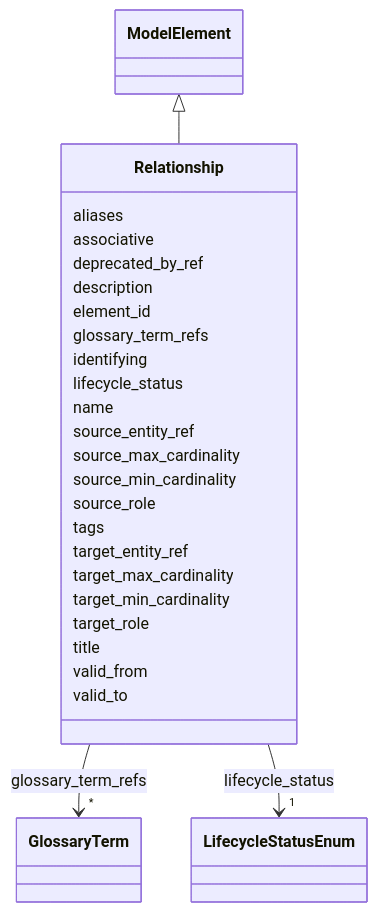
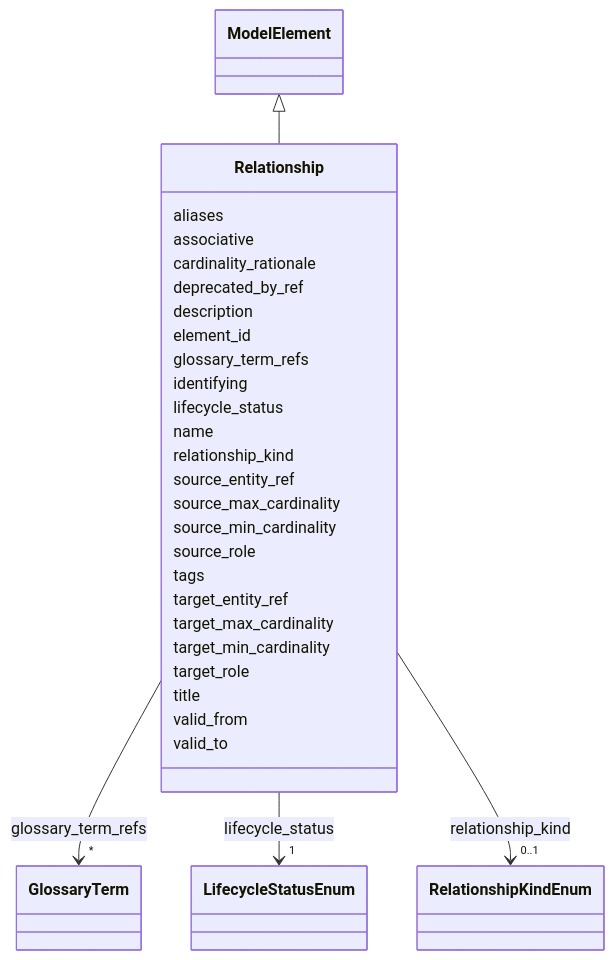
The diagram in generated/artifacts/moex-dams/0.1/diagrams/Relationship.md (oista/moex-data-model), drawn with Mermaid before and after one commit. The commit also changed 68 other files, not shown here.

````diff
--- a/generated/artifacts/moex-dams/0.1/diagrams/Relationship.md
+++ b/generated/artifacts/moex-dams/0.1/diagrams/Relationship.md
@@ -4,69 +4,82 @@
 ```mermaid
  classDiagram
     class Relationship
     click Relationship href "../Relationship"
       ModelElement <|-- Relationship
         click ModelElement href "../ModelElement"
       
       Relationship : aliases
         
       Relationship : associative
+        
+      Relationship : cardinality_rationale
         
       Relationship : deprecated_by_ref
         
       Relationship : description
         
       Relationship : element_id
         
       Relationship : glossary_term_refs
         
           
     
         
         
         Relationship --> "*" GlossaryTerm : glossary_term_refs
         click GlossaryTerm href "../GlossaryTerm"
     
 
         
       Relationship : identifying
         
       Relationship : lifecycle_status
         
           
     
         
         
         Relationship --> "1" LifecycleStatusEnum : lifecycle_status
         click LifecycleStatusEnum href "../LifecycleStatusEnum"
     
 
         
       Relationship : name
         
+      Relationship : relationship_kind
+        
+          
+    
+        
+        
+        Relationship --> "0..1" RelationshipKindEnum : relationship_kind
+        click RelationshipKindEnum href "../RelationshipKindEnum"
+    
+
+        
       Relationship : source_entity_ref
         
       Relationship : source_max_cardinality
         
       Relationship : source_min_cardinality
         
       Relationship : source_role
         
       Relationship : tags
         
       Relationship : target_entity_ref
         
       Relationship : target_max_cardinality
         
       Relationship : target_min_cardinality
         
       Relationship : target_role
         
       Relationship : title
         
       Relationship : valid_from
         
       Relationship : valid_to
         
       
 ```
````
